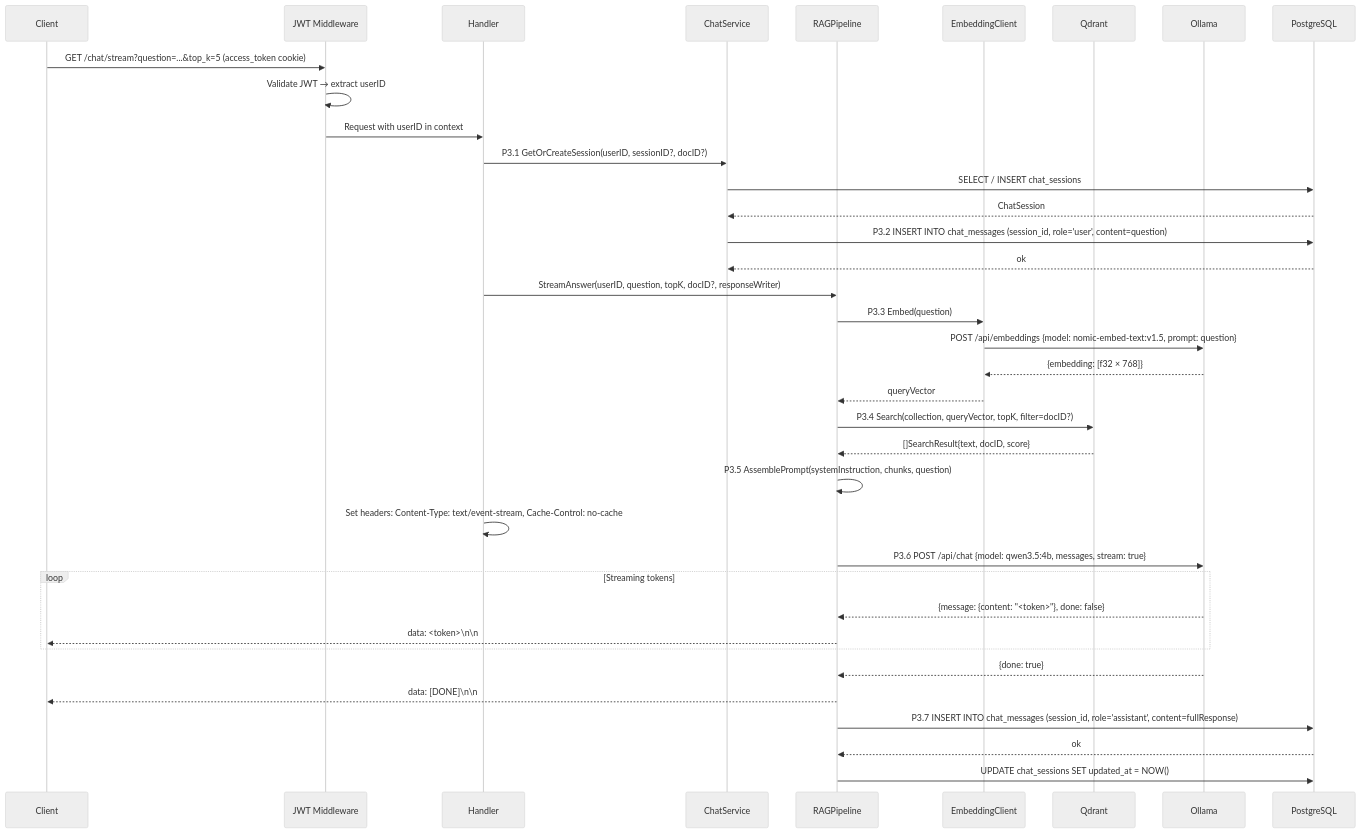
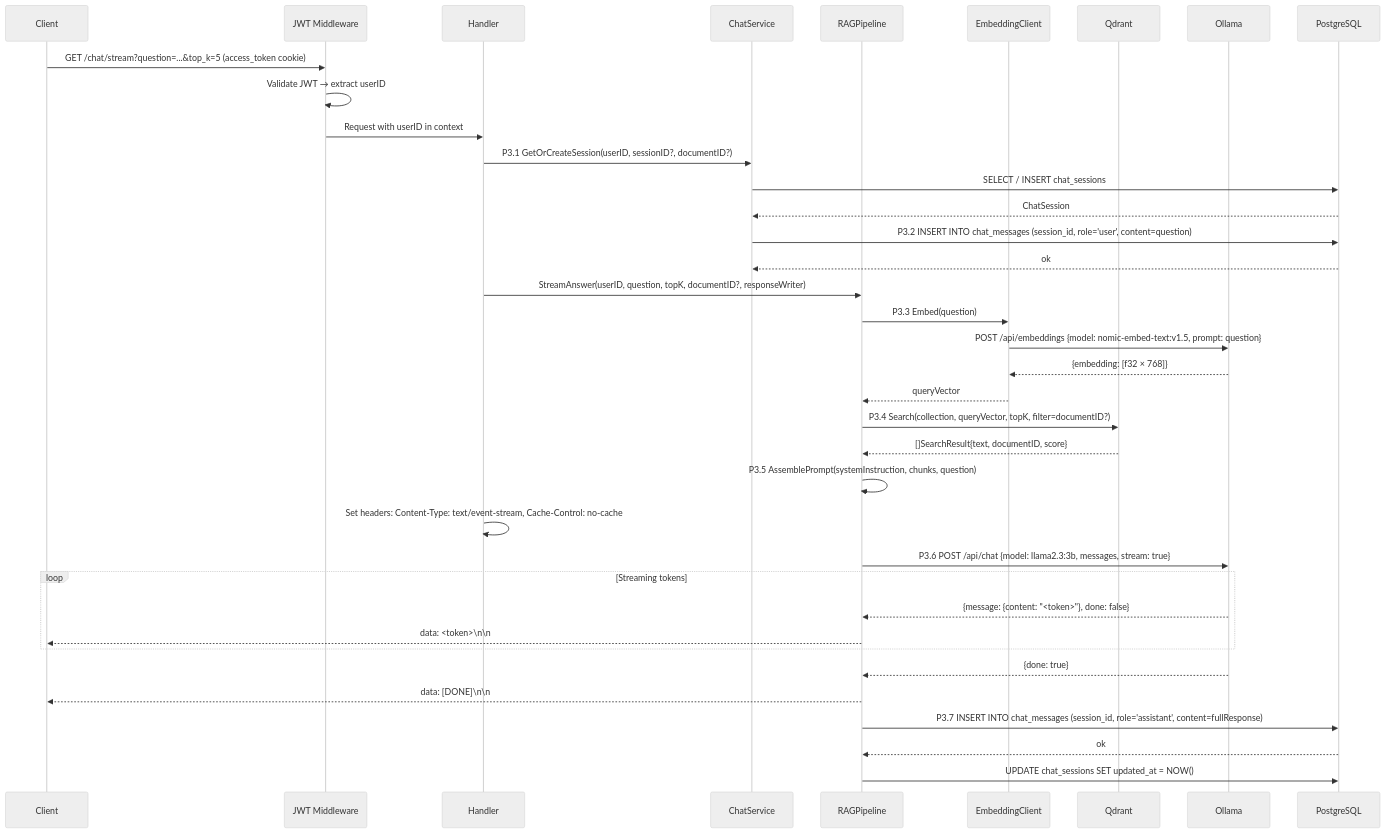
Before and after one commit to ABDELRAHMAN-ELRAYES/Vai: the sixth of 8 diagrams in docs/diagrams/Sequence_Diagrams.md, drawn with Mermaid (neutral theme). The commit also changed other lines of this file and 41 other files, not shown here.

Commit message:
Feat: Connected AI embedding model 'nomic-embedding-text' using api calls, created the embedding service method, converted the document chunks into embedding form the qdrant points and upsert them

````diff
--- a/docs/diagrams/Sequence_Diagrams.md
+++ b/docs/diagrams/Sequence_Diagrams.md
@@ -255,51 +256,51 @@
 ```mermaid
 sequenceDiagram
     participant C as Client
     participant MW as JWT Middleware
     participant H as Handler
     participant CS as ChatService
     participant RP as RAGPipeline
     participant EC as EmbeddingClient
     participant QD as Qdrant
     participant OL as Ollama
     participant DB as PostgreSQL
 
     C->>MW: GET /chat/stream?question=...&top_k=5 (access_token cookie)
     MW->>MW: Validate JWT → extract userID
     MW->>H: Request with userID in context
-    
-    H->>CS: P3.1 GetOrCreateSession(userID, sessionID?, docID?)
+
+    H->>CS: P3.1 GetOrCreateSession(userID, sessionID?, documentID?)
     CS->>DB: SELECT / INSERT chat_sessions
     DB-->>CS: ChatSession
-    
+
     CS->>DB: P3.2 INSERT INTO chat_messages (session_id, role='user', content=question)
     DB-->>CS: ok
-    
-    H->>RP: StreamAnswer(userID, question, topK, docID?, responseWriter)
-    
+
+    H->>RP: StreamAnswer(userID, question, topK, documentID?, responseWriter)
+
     RP->>EC: P3.3 Embed(question)
     EC->>OL: POST /api/embeddings {model: nomic-embed-text:v1.5, prompt: question}
     OL-->>EC: {embedding: [f32 × 768]}
     EC-->>RP: queryVector
-    
-    RP->>QD: P3.4 Search(collection, queryVector, topK, filter=docID?)
-    QD-->>RP: []SearchResult{text, docID, score}
-    
+
+    RP->>QD: P3.4 Search(collection, queryVector, topK, filter=documentID?)
+    QD-->>RP: []SearchResult{text, documentID, score}
+
     RP->>RP: P3.5 AssemblePrompt(systemInstruction, chunks, question)
-    
+
     H->>H: Set headers: Content-Type: text/event-stream, Cache-Control: no-cache
-    
-    RP->>OL: P3.6 POST /api/chat {model: qwen3.5:4b, messages, stream: true}
-    
+
+    RP->>OL: P3.6 POST /api/chat {model: llama2.3:3b, messages, stream: true}
+
     loop Streaming tokens
         OL-->>RP: {message: {content: "<token>"}, done: false}
         RP-->>C: data: <token>\n\n
     end
-    
+
     OL-->>RP: {done: true}
     RP-->>C: data: [DONE]\n\n
-    
+
     RP->>DB: P3.7 INSERT INTO chat_messages (session_id, role='assistant', content=fullResponse)
     DB-->>RP: ok
     RP->>DB: UPDATE chat_sessions SET updated_at = NOW()
 ```
````
